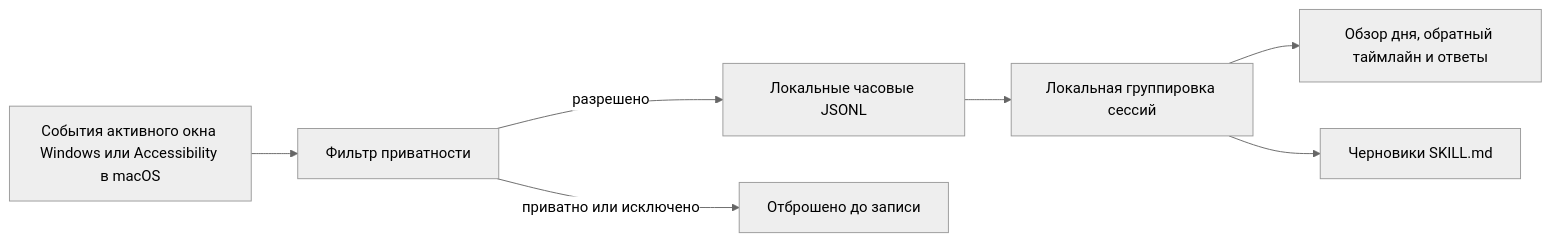
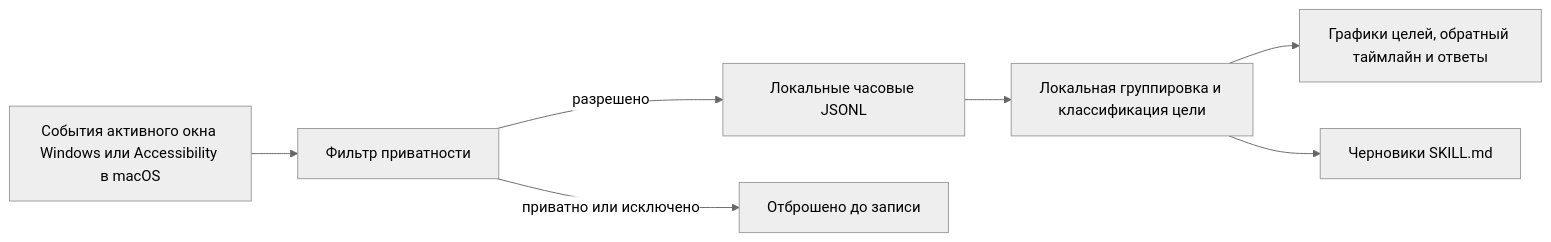
The diagram in README_RU.md (CaspianG/daytrace), drawn with Mermaid (neutral theme) before and after one commit. The commit also changed other lines of this file and 26 other files, not shown here.

````diff
--- a/README_RU.md
+++ b/README_RU.md
@@ -109,9 +127,9 @@
 ```mermaid
 flowchart LR
     A["События активного окна Windows или Accessibility в macOS"] --> B["Фильтр приватности"]
     B -->|"разрешено"| C["Локальные часовые JSONL"]
     B -->|"приватно или исключено"| X["Отброшено до записи"]
-    C --> D["Локальная группировка сессий"]
-    D --> E["Обзор дня, обратный таймлайн и ответы"]
+    C --> D["Локальная группировка и классификация цели"]
+    D --> E["Графики целей, обратный таймлайн и ответы"]
     D --> F["Черновики SKILL.md"]
 ```
````
